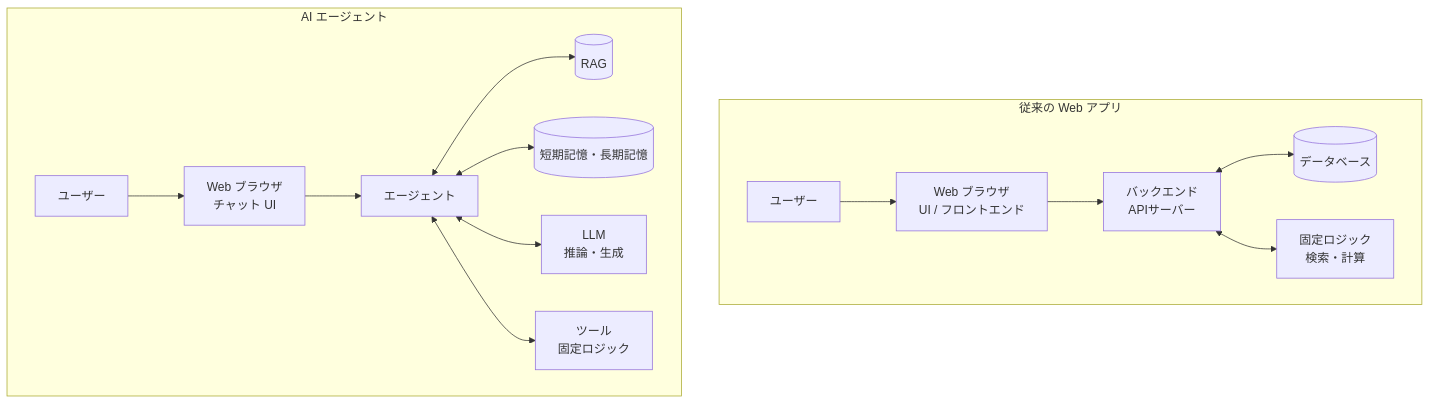
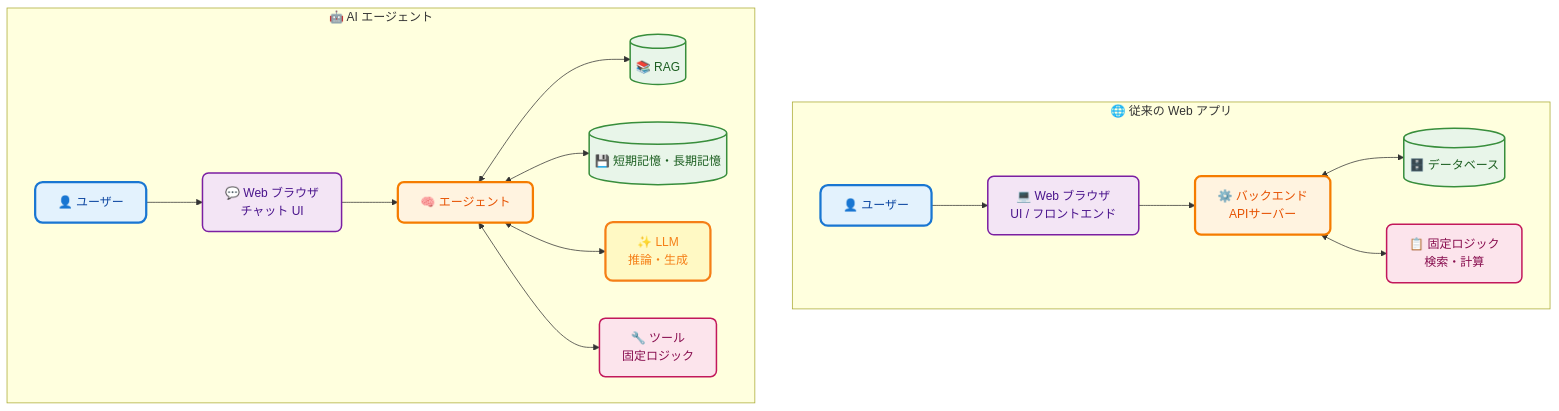
The diagram in articles/337451a3aef5a8.md (danny-yamamoto/zenn-docs), drawn with Mermaid before and after one commit.

````diff
--- a/articles/337451a3aef5a8.md
+++ b/articles/337451a3aef5a8.md
@@ -65,20 +65,32 @@
 ```mermaid
 flowchart TD
-    subgraph Traditional["従来の Web アプリ"]
-        User1[ユーザー] --> UI1[Web ブラウザ<br>UI / フロントエンド]
-        UI1 --> Server1[バックエンド<br>APIサーバー]
-        Server1 <--> DB1[(データベース)]
-        Server1 <--> Logic1[固定ロジック<br>検索・計算]
+    subgraph Traditional["🌐 従来の Web アプリ"]
+        User1[👤 ユーザー] --> UI1[💻 Web ブラウザ<br/>UI / フロントエンド]
+        UI1 --> Server1[⚙️ バックエンド<br/>APIサーバー]
+        Server1 <--> DB1[(🗄️ データベース)]
+        Server1 <--> Logic1[📋 固定ロジック<br/>検索・計算]
     end
 
-    subgraph Agent["AI エージェント"]
-        User2[ユーザー] --> UI2[Web ブラウザ<br>チャット UI]
-        UI2 --> Server2[エージェント]
-        Server2 <--> DB2[(RAG)]
-        Server2 <--> DB3[(短期記憶・長期記憶)]
-        Server2 <--> LLM[LLM</b><br>推論・生成]
-        Server2 <--> Tool[ツール<br>固定ロジック]
+    subgraph Agent["🤖 AI エージェント"]
+        User2[👤 ユーザー] --> UI2[💬 Web ブラウザ<br/>チャット UI]
+        UI2 --> Server2[🧠 エージェント]
+        Server2 <--> DB2[(📚 RAG)]
+        Server2 <--> DB3[(💾 短期記憶・長期記憶)]
+        Server2 <--> LLM[✨ LLM<br/>推論・生成]
+        Server2 <--> Tool[🔧 ツール<br/>固定ロジック]
     end
 
-    classDef highlight fill:#f96,stroke:#333,stroke-width:2px;
+    classDef userStyle fill:#e3f2fd,stroke:#1976d2,stroke-width:3px,color:#0d47a1,rx:10,ry:10
+    classDef uiStyle fill:#f3e5f5,stroke:#7b1fa2,stroke-width:2px,color:#4a148c,rx:8,ry:8
+    classDef serverStyle fill:#fff3e0,stroke:#f57c00,stroke-width:3px,color:#e65100,rx:8,ry:8
+    classDef dbStyle fill:#e8f5e9,stroke:#388e3c,stroke-width:2px,color:#1b5e20
+    classDef logicStyle fill:#fce4ec,stroke:#c2185b,stroke-width:2px,color:#880e4f,rx:8,ry:8
+    classDef llmStyle fill:#fff9c4,stroke:#f57f17,stroke-width:3px,color:#f57f17,rx:10,ry:10
+
+    class User1,User2 userStyle
+    class UI1,UI2 uiStyle
+    class Server1,Server2 serverStyle
+    class DB1,DB2,DB3 dbStyle
+    class Logic1,Tool logicStyle
+    class LLM llmStyle
 ```
````
